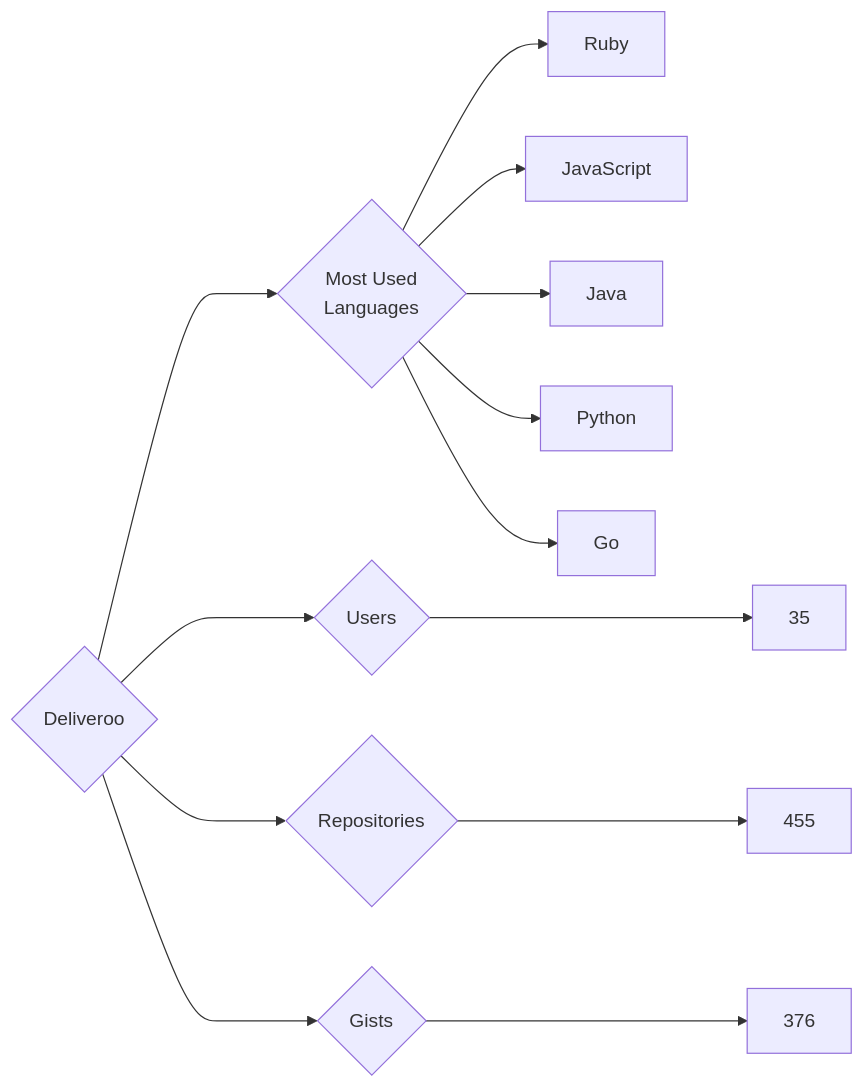
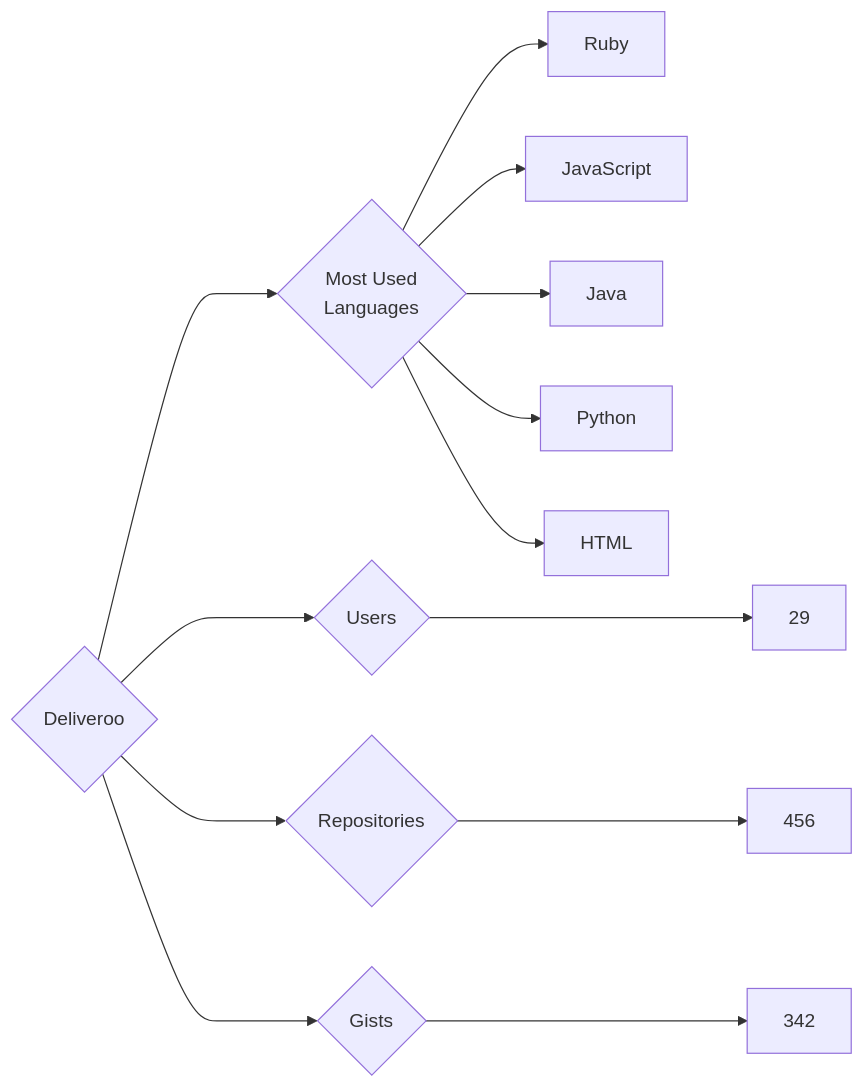
One commit to trickest/insiders changed the diagram in targets/Deliveroo/README.md. Above: the diagram before and after it, drawn with Mermaid. The commit also changed 927 other files, not shown here.

````diff
--- a/targets/Deliveroo/README.md
+++ b/targets/Deliveroo/README.md
@@ -3,13 +3,13 @@
 ```mermaid
 graph LR
 COMPANY_NAME{Deliveroo}
-COMPANY_NAME ---> U{Users} ---> UN[35]
-COMPANY_NAME ---> R{Repositories} ---> RN[455]
-COMPANY_NAME ---> G{Gists} ---> GN[376]
+COMPANY_NAME ---> U{Users} ---> UN[29]
+COMPANY_NAME ---> R{Repositories} ---> RN[456]
+COMPANY_NAME ---> G{Gists} ---> GN[342]
 COMPANY_NAME ---> ML{Most Used<br>Languages}
 ML --> Ruby[Ruby]
 ML --> JavaScript[JavaScript]
 ML --> Java[Java]
 ML --> Python[Python]
-ML --> Go[Go]
+ML --> HTML[HTML]
 ```
````
